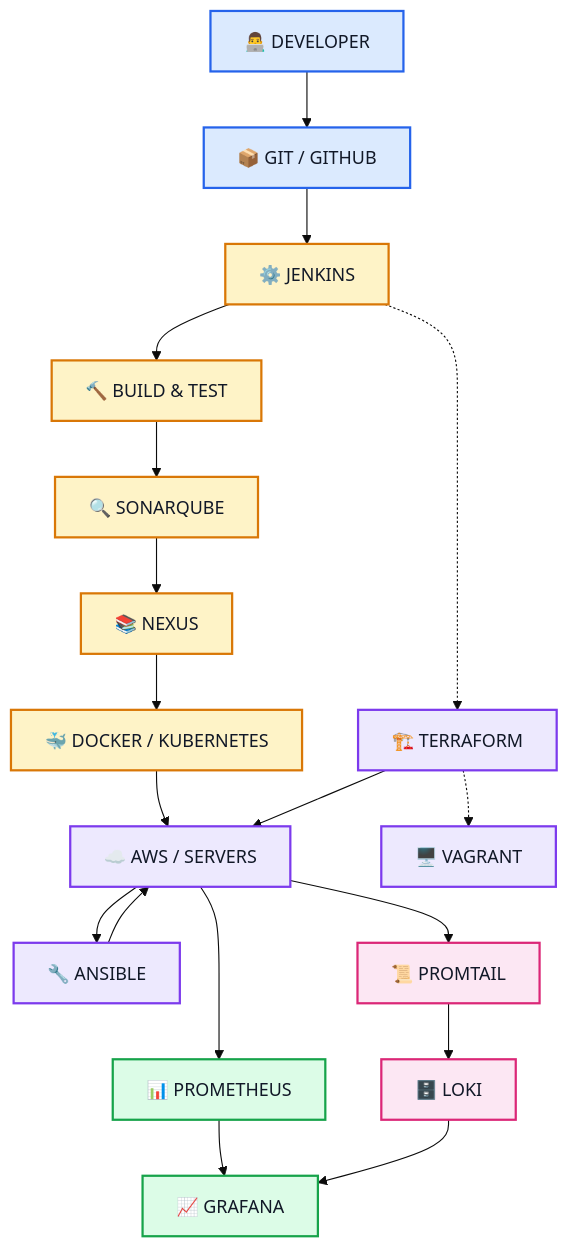
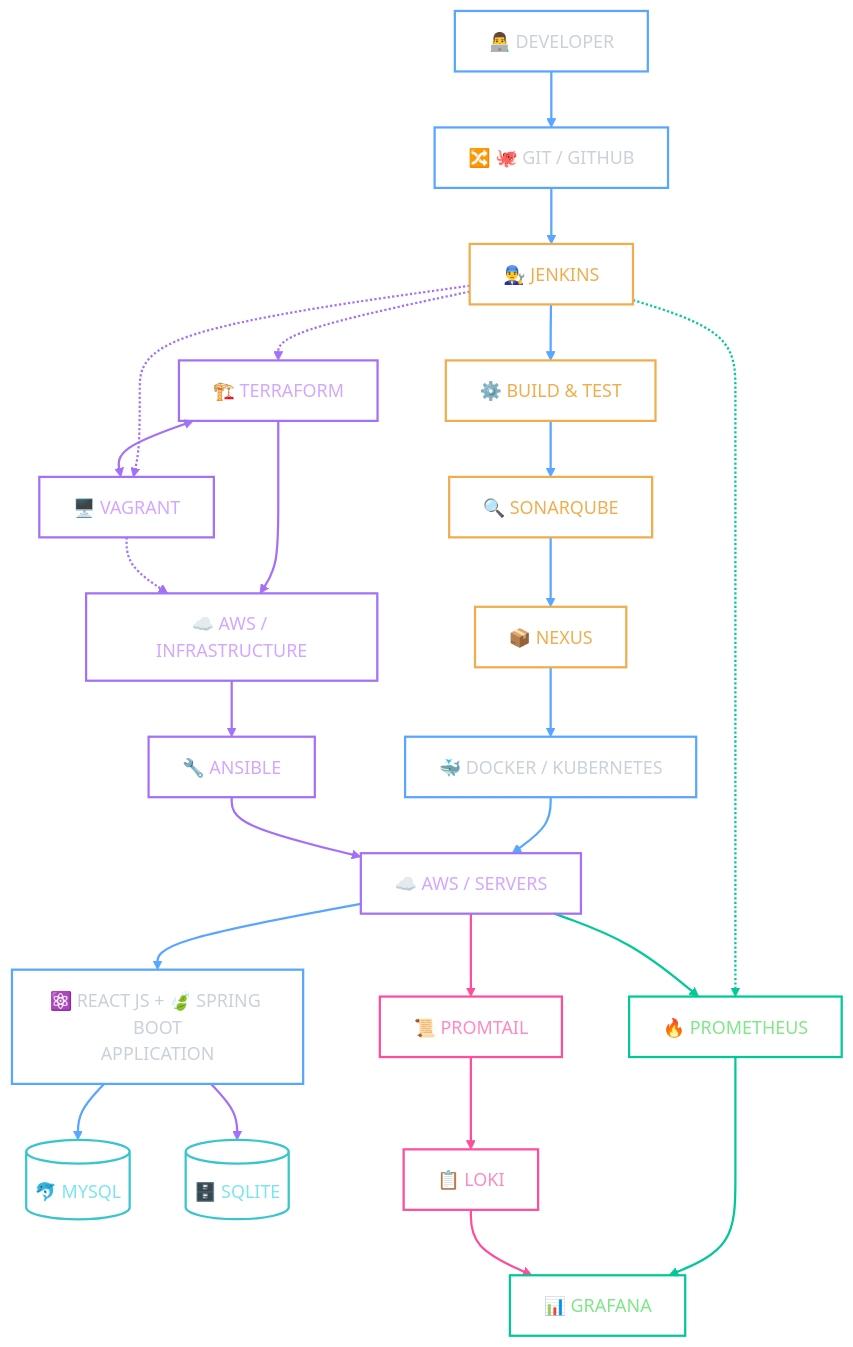
Before and after one commit to CodesBy-Bhuwan/CodesBy-Bhuwan: the diagram in README.md, drawn with Mermaid (base theme). The commit also changed other lines of this file, not shown here.

Commit message:
Enhance README with CI/CD architecture and tech stack
Added CI/CD infrastructure architecture diagram and technology stack details.

````diff
--- a/README.md
+++ b/README.md
@@ -93,46 +95,64 @@
 ```mermaid
 flowchart TD
-    A["👨‍💻 DEVELOPER"]
-    B["📦 GIT / GITHUB"]
-    C["⚙️ JENKINS"]
-    D["🔨 BUILD & TEST"]
-    E["🔍 SONARQUBE"]
-    F["📚 NEXUS"]
-    G["🐳 DOCKER / KUBERNETES"]
-    H["☁️ AWS / SERVERS"]
+    DEV["👨‍💻 DEVELOPER"]
+    GIT["🔀 🐙 GIT / GITHUB"]
+    JENKINS["👨‍🔧 JENKINS"]
+    BUILD["⚙️ BUILD & TEST"]
+    SONAR["🔍 SONARQUBE"]
+    NEXUS["📦 NEXUS"]
+    DOCKER["🐳 DOCKER / KUBERNETES"]
+    AWS["☁️ AWS / SERVERS"]
+    APP["⚛️ REACT JS + 🍃 SPRING BOOT<br/>APPLICATION"]
+    MYSQL[("🐬 MYSQL")]
+    SQLITE[("🗄️ SQLITE")]
 
-    I["🏗️ TERRAFORM"]
-    J["🔧 ANSIBLE"]
-    K["🖥️ VAGRANT"]
+    TF["🏗️ TERRAFORM"]
+    VAGRANT["🖥️ VAGRANT"]
+    INFRA["☁️ AWS / INFRASTRUCTURE"]
+    ANSIBLE["🔧 ANSIBLE"]
 
-    L["📊 PROMETHEUS"]
-    M["📈 GRAFANA"]
-    N["📜 PROMTAIL"]
-    O["🗄️ LOKI"]
+    PROM["🔥 PROMETHEUS"]
+    GRAFANA["📊 GRAFANA"]
+    PROMTAIL["📜 PROMTAIL"]
+    LOKI["📋 LOKI"]
 
-    A --> B --> C --> D --> E --> F --> G --> H
-    C -.-> I
-    I --> H
-    I -.-> K
-    H --> J
-    J --> H
+    DEV --> GIT --> JENKINS
+    JENKINS --> BUILD --> SONAR --> NEXUS --> DOCKER --> AWS --> APP
+    APP --> MYSQL
+    APP --> SQLITE
 
-    H --> L
-    L --> M
+    JENKINS -.-> TF
+    JENKINS -.-> VAGRANT
+    TF <--> VAGRANT
+    TF --> INFRA
+    VAGRANT -.-> INFRA
+    INFRA --> ANSIBLE
+    ANSIBLE --> AWS
 
-    H --> N
-    N --> O
-    O --> M
+    JENKINS -.-> PROM
+    AWS --> PROM
+    PROM --> GRAFANA
 
-    classDef developer fill:#dbeafe,stroke:#2563eb,color:#111827,stroke-width:2px
-    classDef pipeline fill:#fef3c7,stroke:#d97706,color:#111827,stroke-width:2px
-    classDef infrastructure fill:#ede9fe,stroke:#7c3aed,color:#111827,stroke-width:2px
-    classDef monitoring fill:#dcfce7,stroke:#16a34a,color:#111827,stroke-width:2px
-    classDef logging fill:#fce7f3,stroke:#db2777,color:#111827,stroke-width:2px
+    AWS --> PROMTAIL
+    PROMTAIL --> LOKI
+    LOKI --> GRAFANA
 
-    class A,B developer
-    class C,D,E,F,G pipeline
-    class H,I,J,K infrastructure
-    class L,M monitoring
-    class N,O logging
+    classDef main fill:transparent,stroke:#58a6ff,color:#c9d1d9,stroke-width:2px
+    classDef ci fill:transparent,stroke:#f0ad4e,color:#f0ad4e,stroke-width:2px
+    classDef infra fill:transparent,stroke:#a371f7,color:#d2a8ff,stroke-width:2px
+    classDef monitoring fill:transparent,stroke:#00c896,color:#7ee787,stroke-width:2px
+    classDef logging fill:transparent,stroke:#ff4d9d,color:#ff8ac2,stroke-width:2px
+    classDef database fill:transparent,stroke:#39c5cf,color:#79e6ef,stroke-width:2px
+
+    class DEV,GIT,APP,DOCKER main
+    class JENKINS,BUILD,SONAR,NEXUS ci
+    class TF,VAGRANT,INFRA,ANSIBLE,AWS infra
+    class PROM,GRAFANA monitoring
+    class PROMTAIL,LOKI logging
+    class MYSQL,SQLITE database
+
+    linkStyle 0,1,2,3,4,5,6,7,8 stroke:#58a6ff,stroke-width:2px
+    linkStyle 9,10,11,12,13,14,15,16 stroke:#a371f7,stroke-width:2px
+    linkStyle 17,18,19 stroke:#00c896,stroke-width:2px
+    linkStyle 20,21,22 stroke:#ff4d9d,stroke-width:2px
 ```
````
